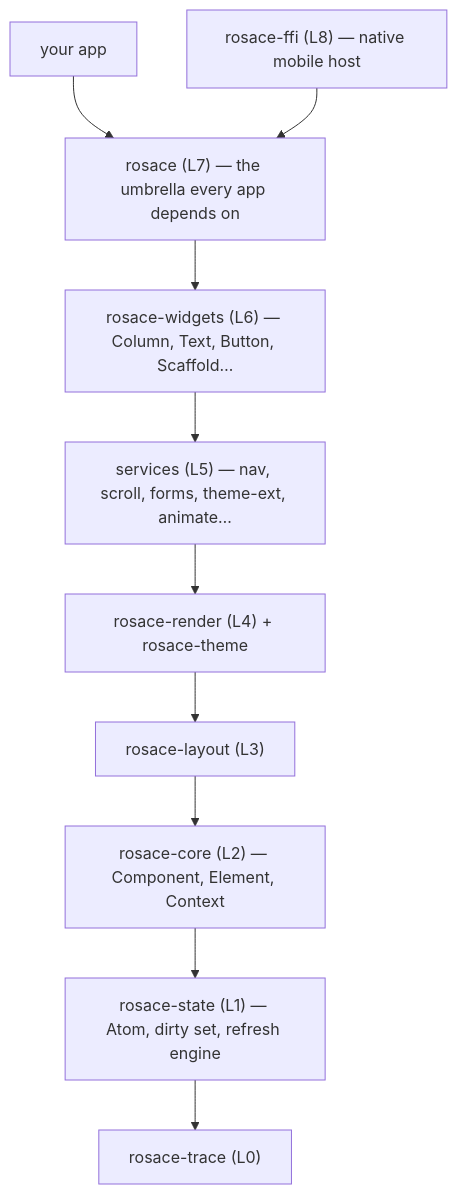
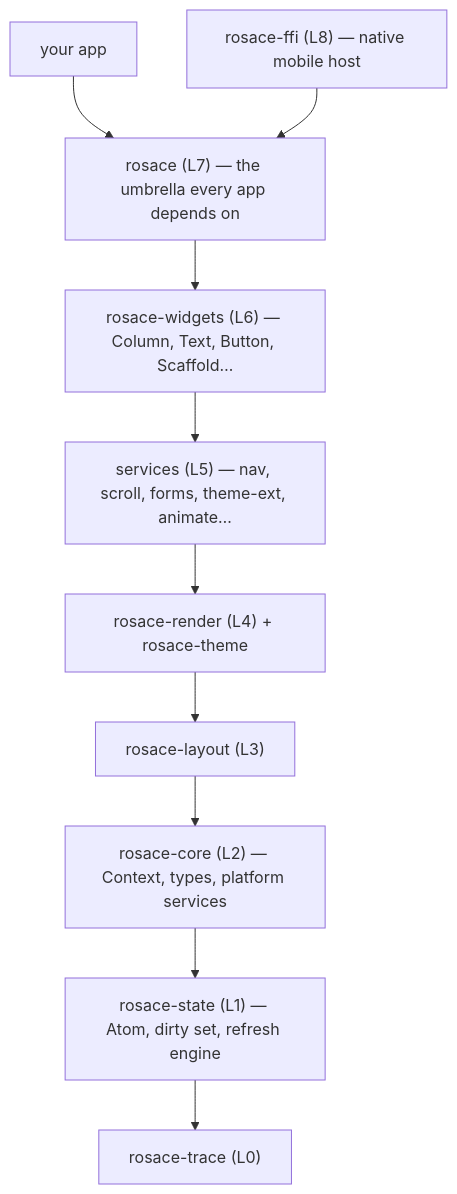
One commit to rosace-ui/rosace changed the first of 2 diagrams in docs/architecture/README.md. Above: the diagram before and after it, drawn with Mermaid. The commit also changed other lines of this file and 22 other files, not shown here.

````diff
--- a/docs/architecture/README.md
+++ b/docs/architecture/README.md
@@ -25,12 +25,12 @@
 ```mermaid
 graph TD
     App["your app"] --> R["rosace (L7) — the umbrella every app depends on"]
     R --> W["rosace-widgets (L6) — Column, Text, Button, Scaffold…"]
     W --> SVC["services (L5) — nav, scroll, forms, theme-ext, animate…"]
     SVC --> RND["rosace-render (L4) + rosace-theme"]
     RND --> LAY["rosace-layout (L3)"]
-    LAY --> CORE["rosace-core (L2) — Component, Element, Context"]
+    LAY --> CORE["rosace-core (L2) — Context, types, platform services"]
     CORE --> ST["rosace-state (L1) — Atom, dirty set, refresh engine"]
     ST --> TR["rosace-trace (L0)"]
     FFI["rosace-ffi (L8) — native mobile host"] --> R
 ```
````
